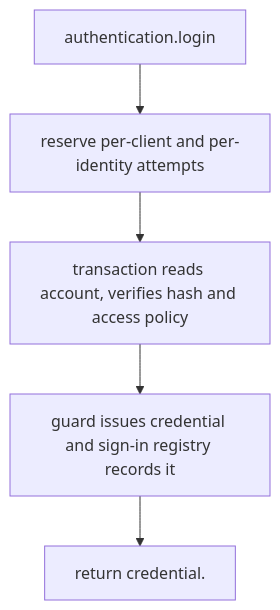
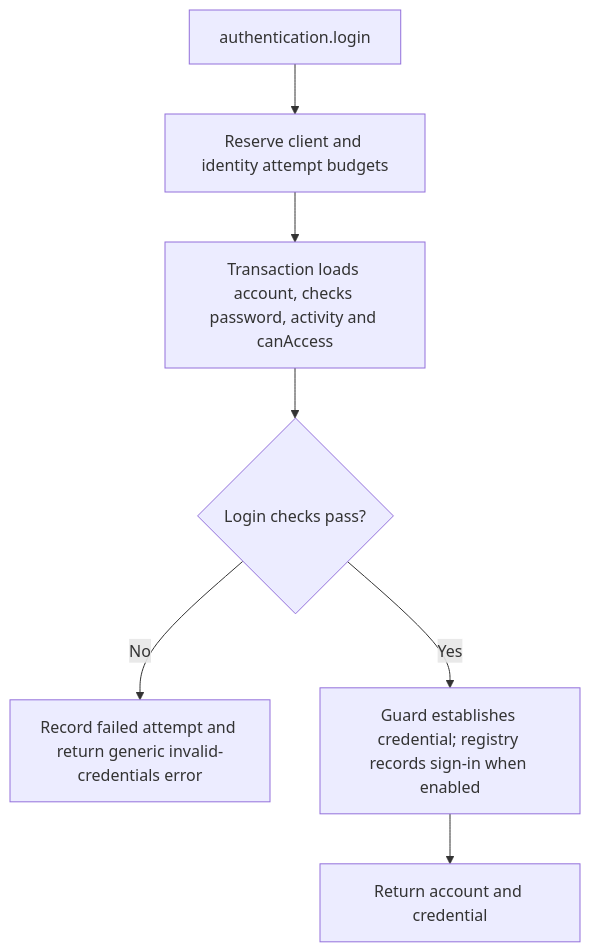
One commit to Kevinjohn/oss-adonisjs-account-kit changed the second of 2 diagrams in user-stories/US-ACCOUNT-03-sign-in.md. Above: the diagram before and after it, drawn with Mermaid. The commit also changed other lines of this file and 17 other files, not shown here.

````diff
--- a/user-stories/US-ACCOUNT-03-sign-in.md
+++ b/user-stories/US-ACCOUNT-03-sign-in.md
@@ -33,12 +30,9 @@
 ```mermaid
 flowchart TD
-    C0["authentication.login"]
-    C1["reserve per-client and per-identity attempts"]
-    C0 --> C1
-    C2["transaction reads account, verifies hash and access policy"]
-    C1 --> C2
-    C3["guard issues credential and sign-in registry records it"]
-    C2 --> C3
-    C4["return credential."]
-    C3 --> C4
+ A["authentication.login"] --> B["Reserve client and identity attempt budgets"]
+ B --> C["Transaction loads account, checks password, activity and canAccess"]
+ C --> D{"Login checks pass?"}
+ D -->|No| E["Record failed attempt and return generic invalid-credentials error"]
+ D -->|Yes| F["Guard establishes credential; registry records sign-in when enabled"]
+ F --> G["Return account and credential"]
 ```
````
